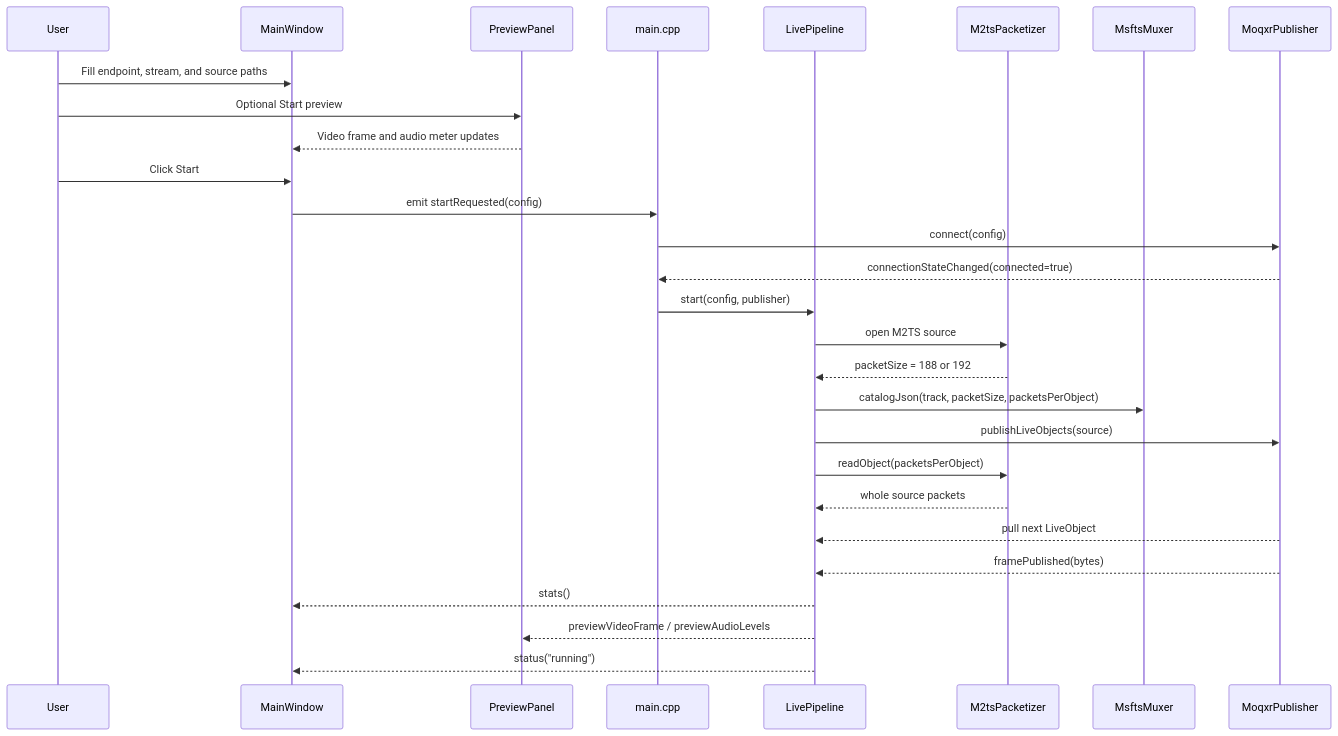
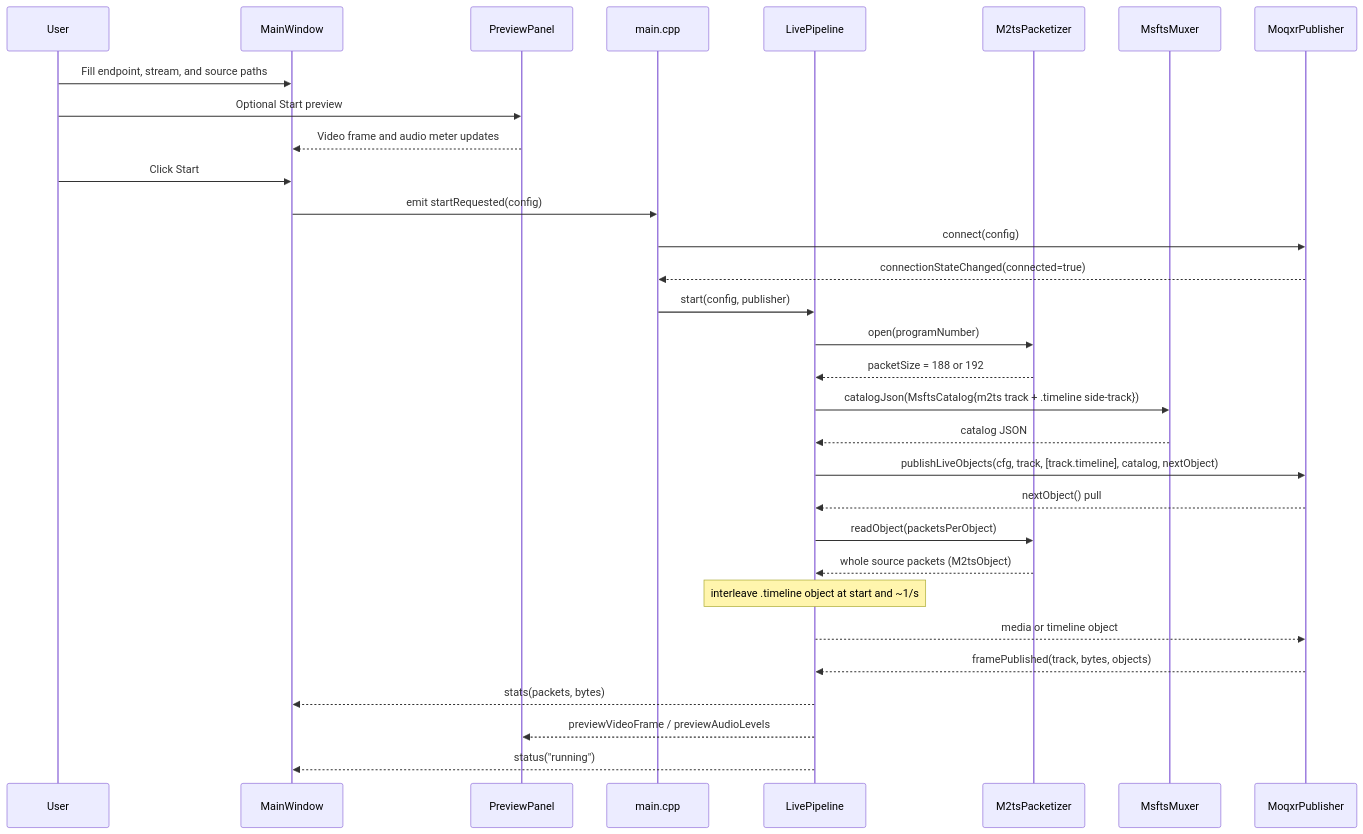
The first of 6 diagrams in docs/sequence-diagrams.md (mondain/moq2ts), drawn with Mermaid before and after one commit. The commit also changed other lines of this file and 1 other file, not shown here.

Commit message:
Refresh DEVELOPER docs and sequence diagrams for current catalog/timeline
Update stale catalog and timeline examples to match MsftsMuxer::catalogJson
and the LivePipeline timeline payload: media-timeline track now uses MSF
type "mediatimeline" with depends, the timeline payload is the compact
[mediaTimeMs,[groupId,objectId],wallclockMs] record array, and the media
track documents the full MSF/MSFTS field set. Align sequence diagrams with
the struct-based catalogJson and the pull-based publishLiveObjects signature
including the timeline side-track.

````diff
--- a/docs/sequence-diagrams.md
+++ b/docs/sequence-diagrams.md
@@ -5,31 +5,34 @@
 ```mermaid
 sequenceDiagram
     participant User
     participant UI as MainWindow
     participant Prev as PreviewPanel
     participant App as main.cpp
     participant Pipe as LivePipeline
     participant Pkt as M2tsPacketizer
     participant Mux as MsftsMuxer
     participant Pub as MoqxrPublisher
 
     User->>UI: Fill endpoint, stream, and source paths
     User->>Prev: Optional Start preview
     Prev-->>UI: Video frame and audio meter updates
     User->>UI: Click Start
     UI->>App: emit startRequested(config)
     App->>Pub: connect(config)
     Pub-->>App: connectionStateChanged(connected=true)
     App->>Pipe: start(config, publisher)
-    Pipe->>Pkt: open M2TS source
+    Pipe->>Pkt: open(programNumber)
     Pkt-->>Pipe: packetSize = 188 or 192
-    Pipe->>Mux: catalogJson(track, packetSize, packetsPerObject)
-    Pipe->>Pub: publishLiveObjects(source)
+    Pipe->>Mux: catalogJson(MsftsCatalog{m2ts track + .timeline side-track})
+    Mux-->>Pipe: catalog JSON
+    Pipe->>Pub: publishLiveObjects(cfg, track, [track.timeline], catalog, nextObject)
+    Pub-->>Pipe: nextObject() pull
     Pipe->>Pkt: readObject(packetsPerObject)
-    Pkt-->>Pipe: whole source packets
-    Pub-->>Pipe: pull next LiveObject
-    Pub-->>Pipe: framePublished(bytes)
-    Pipe-->>UI: stats()
+    Pkt-->>Pipe: whole source packets (M2tsObject)
+    Note over Pipe: interleave .timeline object at start and ~1/s
+    Pipe-->>Pub: media or timeline object
+    Pub-->>Pipe: framePublished(track, bytes, objects)
+    Pipe-->>UI: stats(packets, bytes)
     Pipe-->>Prev: previewVideoFrame / previewAudioLevels
     Pipe-->>UI: status("running")
 ```
````
